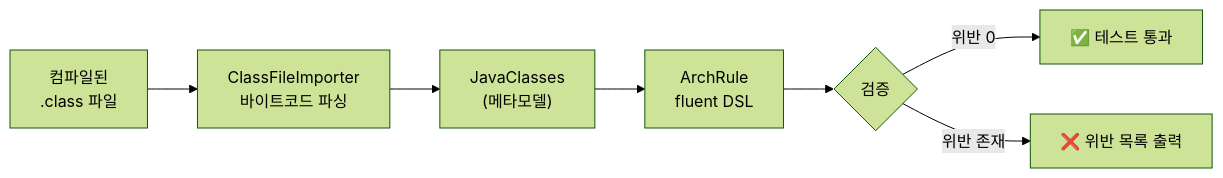
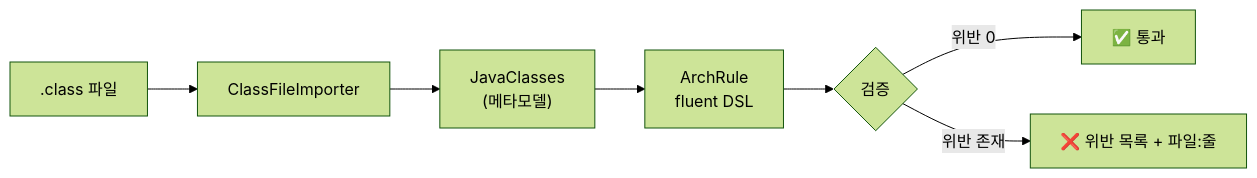
The first of 2 diagrams in MSA/16-archunit-enforcing-rules.md (ktae23/TIL), drawn with Mermaid (forest theme) before and after one commit. The commit also changed other lines of this file and 13 other files, not shown here.

````diff
--- a/MSA/16-archunit-enforcing-rules.md
+++ b/MSA/16-archunit-enforcing-rules.md
@@ -35,9 +30,7 @@
 ```mermaid
 flowchart LR
-    A["컴파일된<br/>.class 파일"] --> B["ClassFileImporter<br/>바이트코드 파싱"]
-    B --> C["JavaClasses<br/>(메타모델)"]
-    C --> D["ArchRule<br/>fluent DSL"]
-    D --> E{"검증"}
-    E -->|위반 0| F["✅ 테스트 통과"]
-    E -->|위반 존재| G["❌ 위반 목록 출력"]
+    A[".class 파일"] --> B["ClassFileImporter"] --> C["JavaClasses<br/>(메타모델)"]
+    C --> D["ArchRule<br/>fluent DSL"] --> E{"검증"}
+    E -->|위반 0| F["✅ 통과"]
+    E -->|위반 존재| G["❌ 위반 목록 + 파일:줄"]
 ```
````
